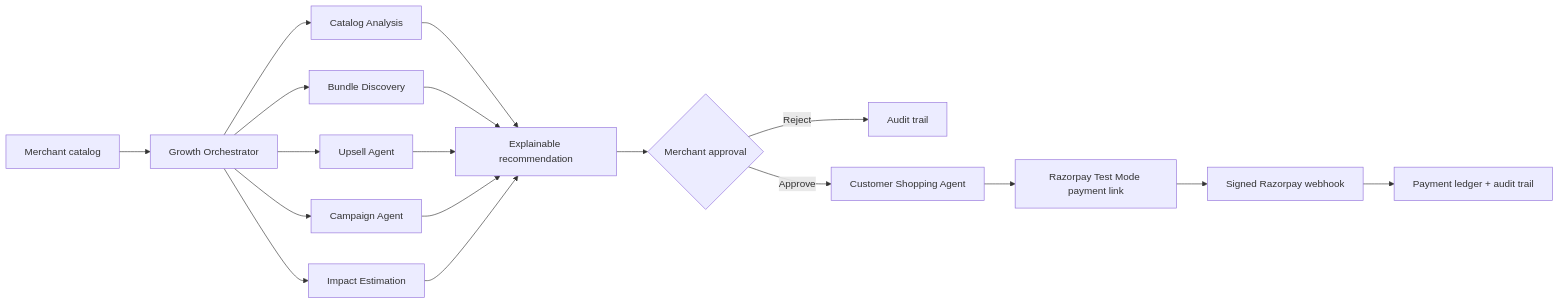
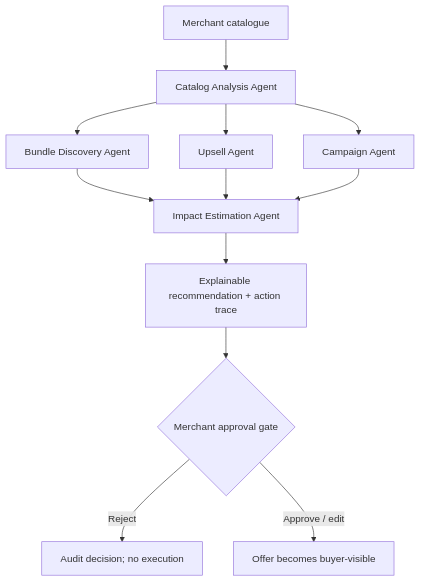
The third of 6 diagrams in README.md (Keerthi-r-lang/Arvya), drawn with Mermaid before and after one commit. The commit also changed other lines of this file, not shown here.

````diff
--- a/README.md
+++ b/README.md
@@ -15,20 +92,14 @@
 ```mermaid
-flowchart LR
-    C[Merchant catalog] --> O[Growth Orchestrator]
-    O --> CA[Catalog Analysis]
-    O --> BA[Bundle Discovery]
-    O --> UA[Upsell Agent]
-    O --> CMA[Campaign Agent]
-    O --> IA[Impact Estimation]
-    CA --> R[Explainable recommendation]
-    BA --> R
-    UA --> R
-    CMA --> R
-    IA --> R
-    R --> H{Merchant approval}
-    H -- Reject --> A[Audit trail]
-    H -- Approve --> S[Customer Shopping Agent]
-    S --> P[Razorpay Test Mode payment link]
-    P --> W[Signed Razorpay webhook]
-    W --> L[Payment ledger + audit trail]
+flowchart TD
+    A[Merchant catalogue] --> B[Catalog Analysis Agent]
+    B --> C[Bundle Discovery Agent]
+    B --> D[Upsell Agent]
+    B --> E[Campaign Agent]
+    C --> F[Impact Estimation Agent]
+    D --> F
+    E --> F
+    F --> G[Explainable recommendation + action trace]
+    G --> H{Merchant approval gate}
+    H -- Reject --> I[Audit decision; no execution]
+    H -- Approve / edit --> J[Offer becomes buyer-visible]
 ```
````
